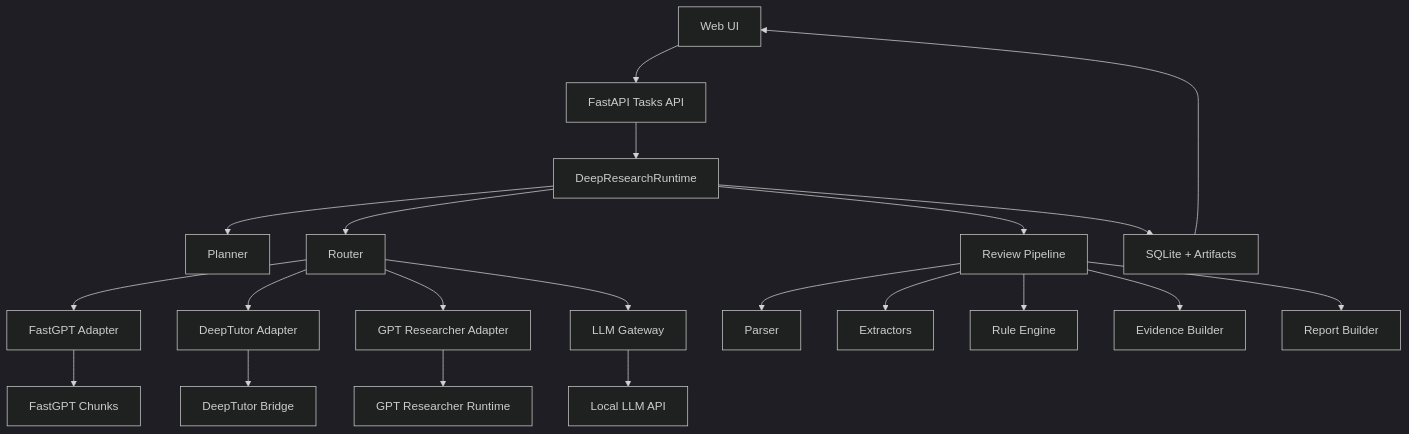
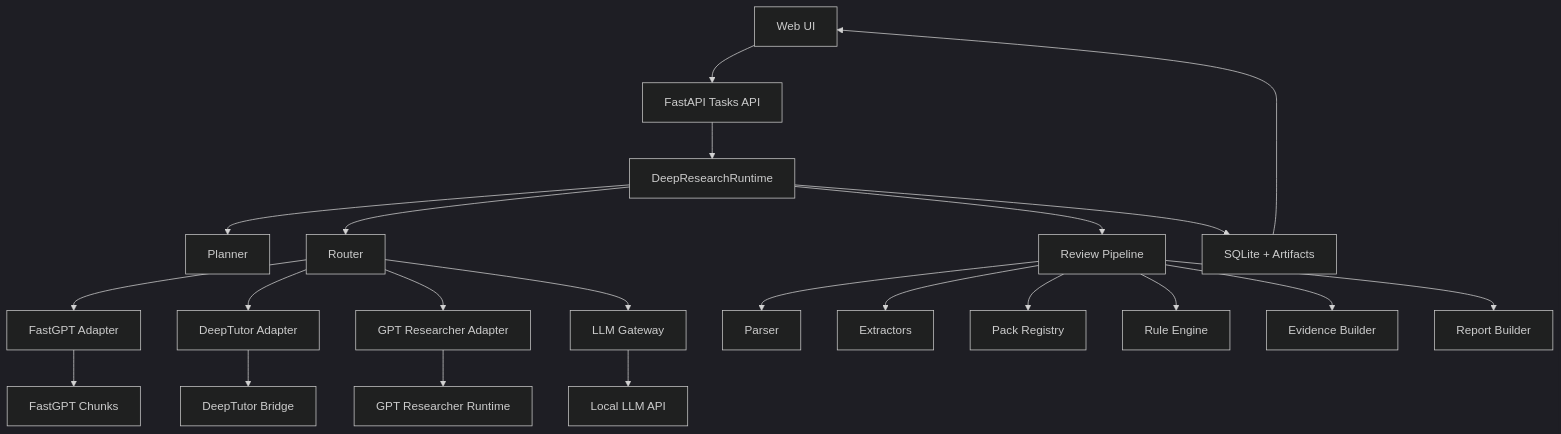
The diagram in docs/architecture.md (watsonk1998/008-review-control-plane), drawn with Mermaid (dark theme) before and after one commit. The commit also changed other lines of this file and 126 other files, not shown here.

````diff
--- a/docs/architecture.md
+++ b/docs/architecture.md
@@ -107,23 +118,24 @@
 ```mermaid
 flowchart TD
     A[Web UI] --> B[FastAPI Tasks API]
     B --> C[DeepResearchRuntime]
     C --> D[Planner]
     C --> E[Router]
     E --> F[FastGPT Adapter]
     E --> G[DeepTutor Adapter]
     E --> H[GPT Researcher Adapter]
     E --> I[LLM Gateway]
     C --> R[Review Pipeline]
     R --> R1[Parser]
     R --> R2[Extractors]
-    R --> R3[Rule Engine]
-    R --> R4[Evidence Builder]
-    R --> R5[Report Builder]
+    R --> R3[Pack Registry]
+    R --> R4[Rule Engine]
+    R --> R5[Evidence Builder]
+    R --> R6[Report Builder]
     F --> J[FastGPT Chunks]
     G --> K[DeepTutor Bridge]
     H --> L[GPT Researcher Runtime]
     I --> M[Local LLM API]
     C --> N[SQLite + Artifacts]
     N --> A
 ```
````
